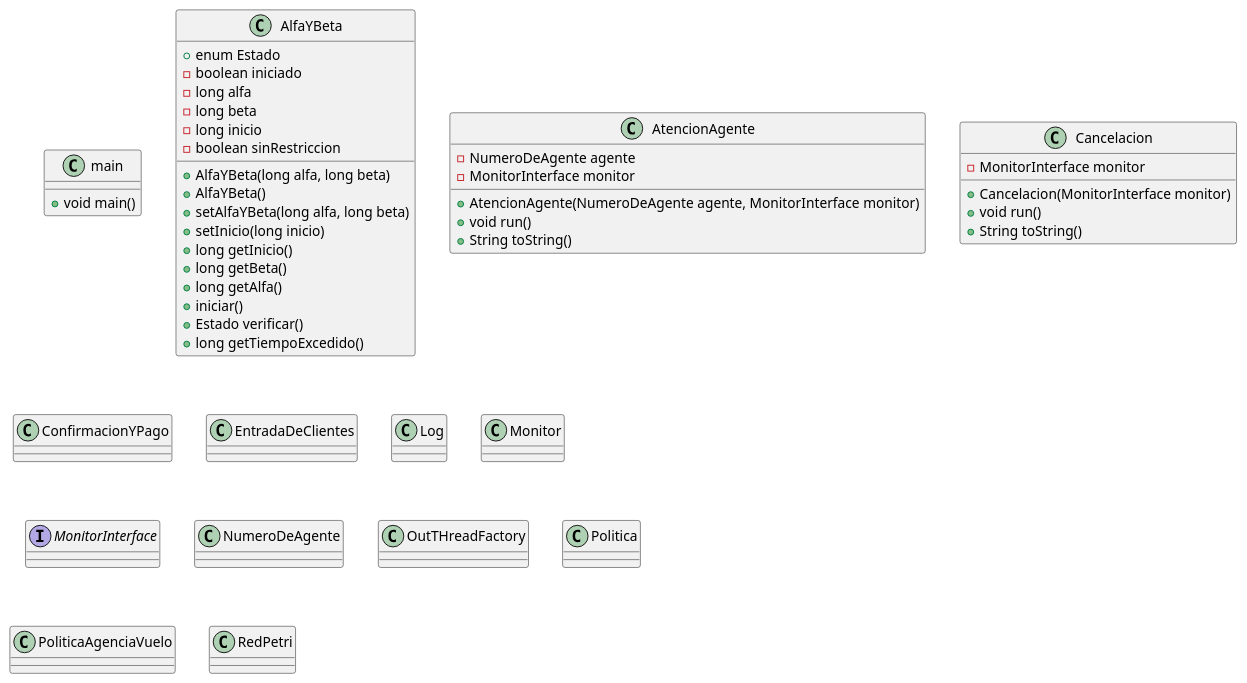
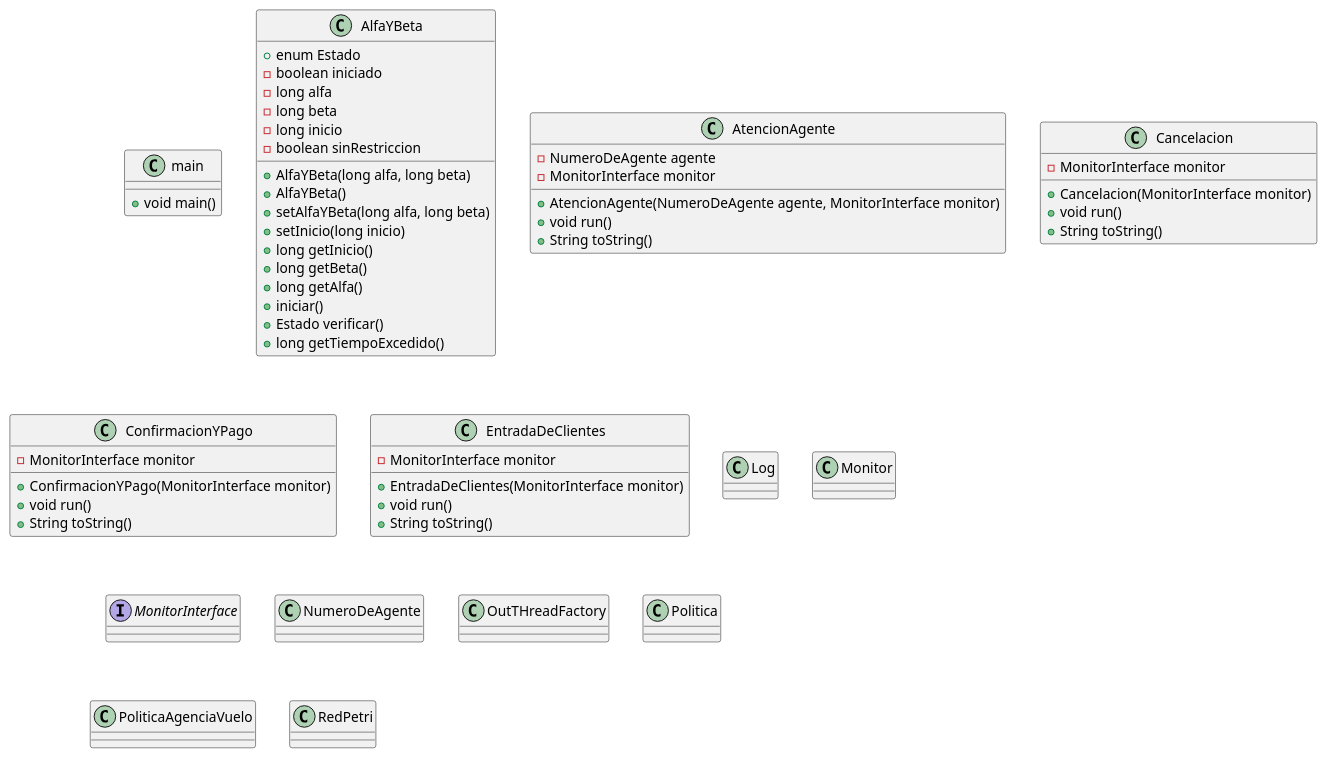
The diagram in doc/diagrama_class.puml (JosiasTomasnanez/flightAgencyAttendanceMonitor), drawn with PlantUML before and after one commit.

Commit message:
Confirmacion y pago, Entrada de clientes

```diff
--- a/doc/diagrama_class.puml
+++ b/doc/diagrama_class.puml
@@ -1,61 +1,71 @@
 @startuml clases
 
 class main{
     + void main()
 }
 
 class AlfaYBeta{
     + enum Estado
     - boolean iniciado
     - long alfa
     - long beta
     - long inicio
     - boolean sinRestriccion
     + AlfaYBeta(long alfa, long beta)
     + AlfaYBeta()
     + setAlfaYBeta(long alfa, long beta)
     + setInicio(long inicio)
     + long getInicio()
     + long getBeta()
     + long getAlfa()
     + iniciar()
     + Estado verificar()
     + long getTiempoExcedido()
 }
 
 class AtencionAgente{
     - NumeroDeAgente agente
     - MonitorInterface monitor
     + AtencionAgente(NumeroDeAgente agente, MonitorInterface monitor)
     + void run()
     + String toString()
 }
 
 class Cancelacion{
     - MonitorInterface monitor
     + Cancelacion(MonitorInterface monitor)
     + void run()
     + String toString()
 }
 
-class ConfirmacionYPago{}
+class ConfirmacionYPago{
+    - MonitorInterface monitor
+    + ConfirmacionYPago(MonitorInterface monitor)
+    + void run()
+    + String toString()
+}
 
-class EntradaDeClientes{}
+class EntradaDeClientes{
+    - MonitorInterface monitor
+    + EntradaDeClientes(MonitorInterface monitor)
+    + void run()
+    + String toString()
+}
 
 class Log{}
 
 class Monitor{}
 
 interface MonitorInterface{}
 
 class NumeroDeAgente{}
 
 class OutTHreadFactory{}
 
 class Politica{}
 
 class PoliticaAgenciaVuelo{}
 
 class RedPetri{}
 
 @enduml
```
